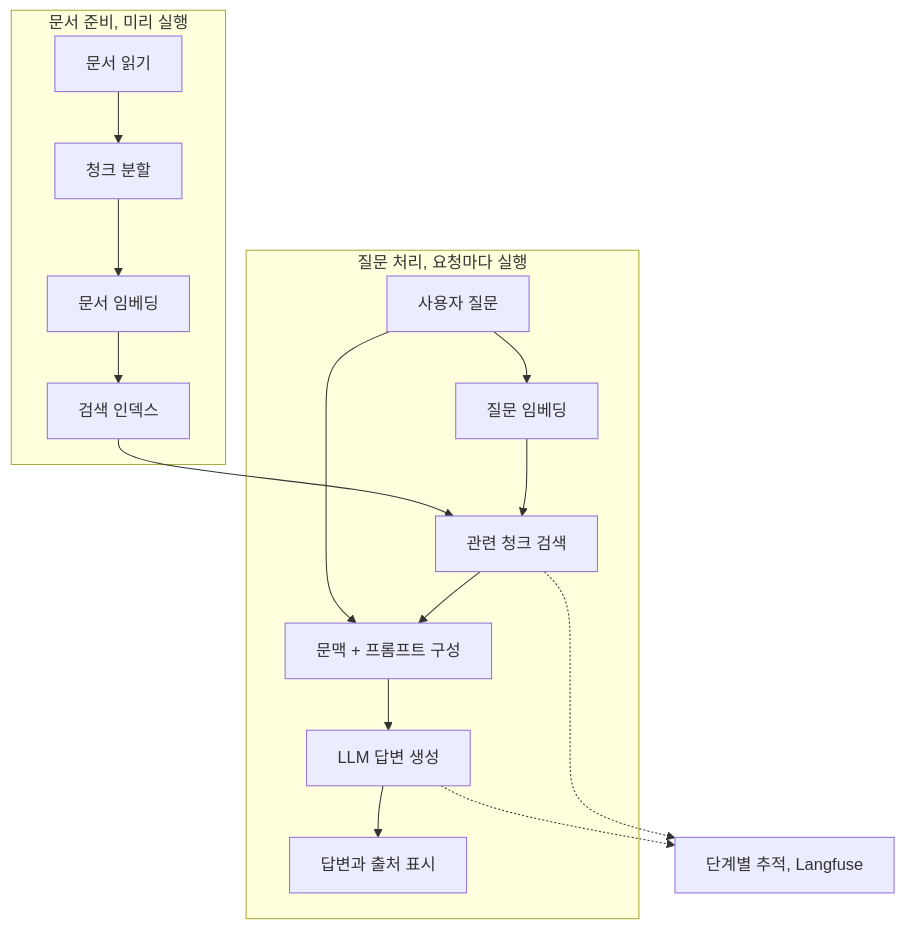
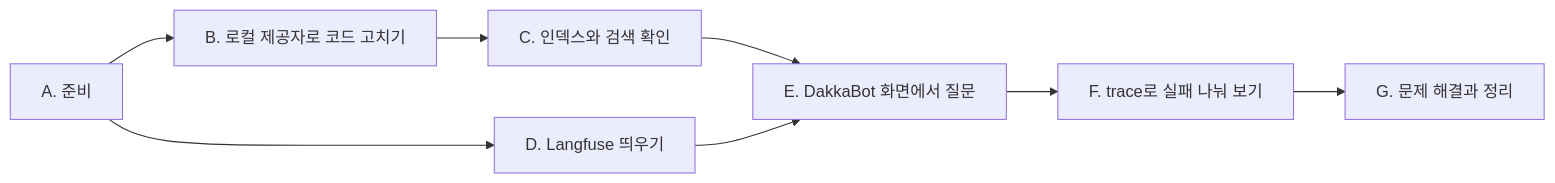
One commit to johklo/johklo.github.io changed the third of 3 diagrams in content/docs/tech/machine-learning-platform-engineering/12-llm-powered-systems.md. Above: the diagram before and after it, drawn with Mermaid. The commit also changed other lines of this file and 9 other files, not shown here.

First line of the commit message:
Rewrite chapter 12 draft with connected explanation and a real local DakkaBot run

````diff
--- a/content/docs/tech/machine-learning-platform-engineering/12-llm-powered-systems.md
+++ b/content/docs/tech/machine-learning-platform-engineering/12-llm-powered-systems.md
@@ -31,21 +306,12 @@
 ```mermaid
-flowchart TD
-    accTitle: 문서 준비와 온라인 질의로 나눈 RAG
-    accDescr: 문서를 청크로 나눠 임베딩하고 검색 인덱스를 준비한다. 질문과 관련 청크를 찾아 문맥, 프롬프트를 구성한 뒤 답변과 출처를 반환한다.
-    subgraph PREP["문서 준비, 미리 실행"]
-        A["문서 읽기"] --> B["청크 분할"]
-        B --> C["문서 임베딩"]
-        C --> I["검색 인덱스"]
-    end
-    subgraph QUERY["질문 처리, 요청마다 실행"]
-        Q["사용자 질문"] --> E["질문 임베딩"]
-        E --> R["관련 청크 검색"]
-        R --> P["문맥 + 프롬프트 구성"]
-        P --> G["LLM 답변 생성"]
-        G --> U["답변과 출처 표시"]
-    end
-    I --> R
-    Q --> P
-    R -.-> O["단계별 추적, Langfuse"]
-    G -.-> O
+flowchart LR
+    accTitle: 12장 실습 순서
+    accDescr: Ollama와 모델, 저자 코드와 가상환경을 준비하고, 저자 코드를 로컬 제공자로 고친다. 인덱스를 만들어 검색을 확인하고, Langfuse를 띄운 뒤 Chainlit 화면에서 질문한다. 이어 Langfuse trace로 검색과 생성을 나눠 보고 정리한다.
+    A["A. 준비"] --> B["B. 로컬 제공자로 코드 고치기"]
+    B --> C["C. 인덱스와 검색 확인"]
+    A --> D["D. Langfuse 띄우기"]
+    C --> E["E. DakkaBot 화면에서 질문"]
+    D --> E
+    E --> F["F. trace로 실패 나눠 보기"]
+    F --> G["G. 문제 해결과 정리"]
 ```
````
